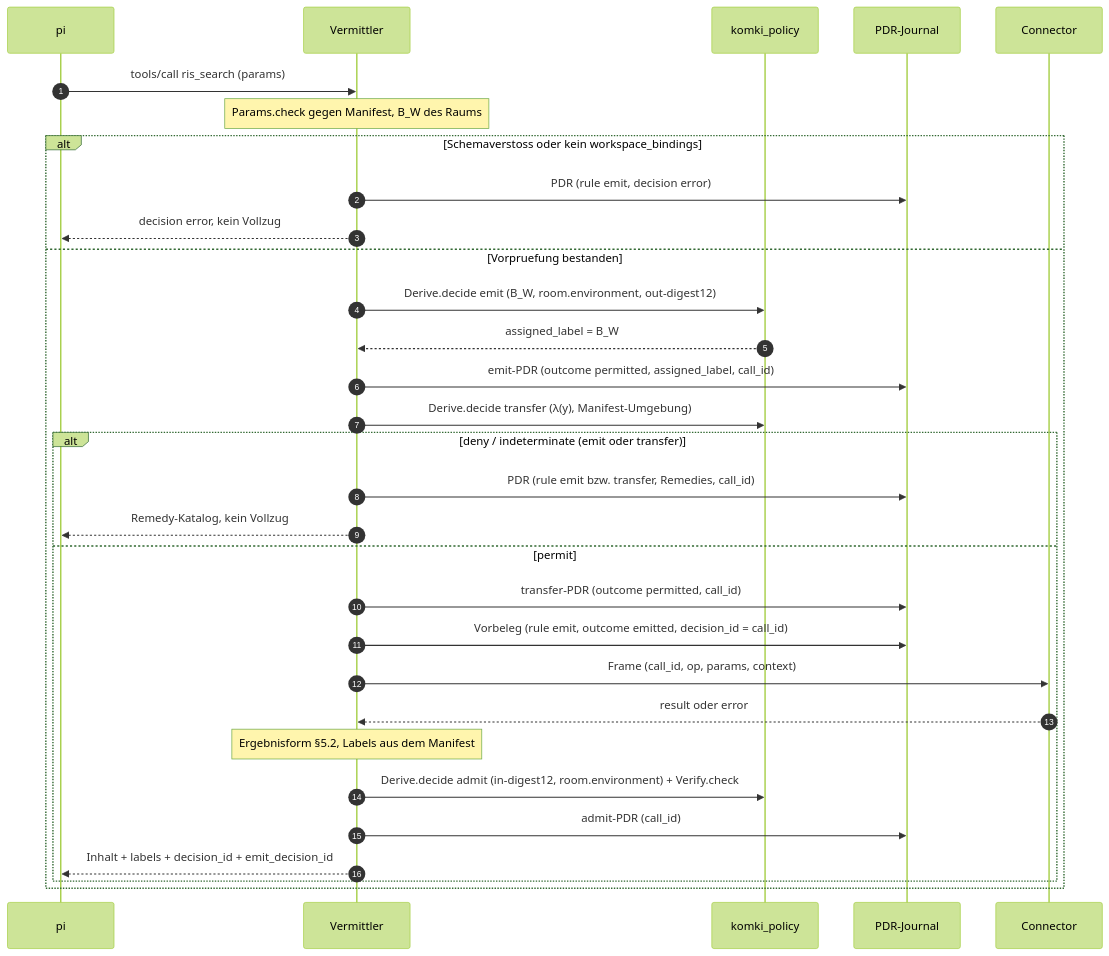
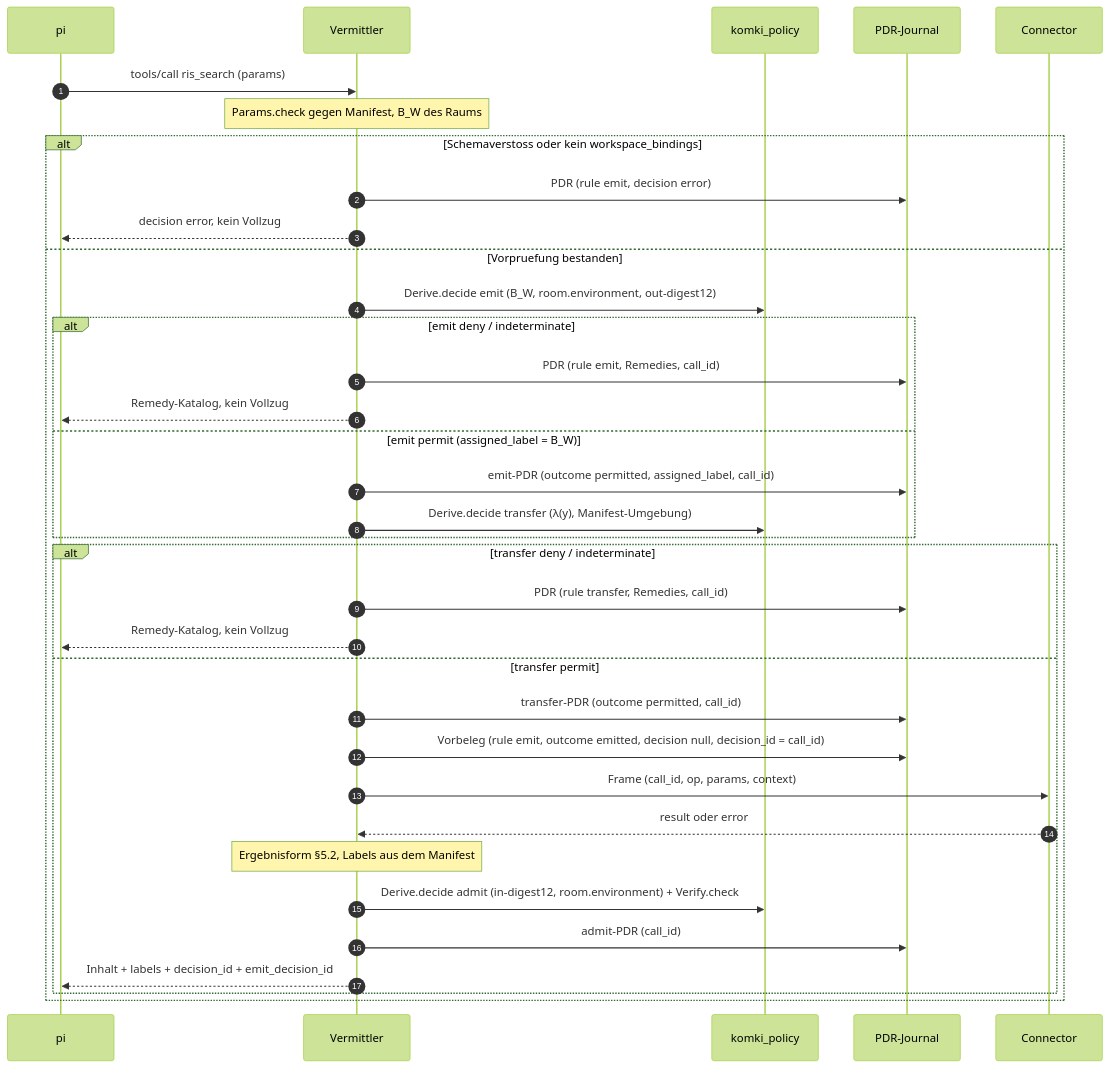
The third of 3 diagrams in apps/komki_mediator/README.md (croesnick/kommunalpolitik_ki), drawn with Mermaid (forest theme) before and after one commit. The commit also changed other lines of this file and 5 other files, not shown here.

Commit message:
Journal lückenlos, Review: Vorbeleg ohne decision (keine Entscheidung), Doku/Diagramm/Testnamen zum neuen Journal (Ticket #298)

````diff
--- a/apps/komki_mediator/README.md
+++ b/apps/komki_mediator/README.md
@@ -152,34 +153,38 @@
 ```mermaid
 sequenceDiagram
     autonumber
     participant P as pi
     participant M as Vermittler
     participant K as komki_policy
     participant J as PDR-Journal
     participant C as Connector
 
     P->>M: tools/call ris_search (params)
     Note over M: Params.check gegen Manifest, B_W des Raums
     alt Schemaverstoss oder kein workspace_bindings
         M->>J: PDR (rule emit, decision error)
         M-->>P: decision error, kein Vollzug
     else Vorpruefung bestanden
         M->>K: Derive.decide emit (B_W, room.environment, out-digest12)
-        K-->>M: assigned_label = B_W
-        M->>J: emit-PDR (outcome permitted, assigned_label, call_id)
-        M->>K: Derive.decide transfer (λ(y), Manifest-Umgebung)
-        alt deny / indeterminate (emit oder transfer)
-            M->>J: PDR (rule emit bzw. transfer, Remedies, call_id)
+        alt emit deny / indeterminate
+            M->>J: PDR (rule emit, Remedies, call_id)
             M-->>P: Remedy-Katalog, kein Vollzug
-        else permit
+        else emit permit (assigned_label = B_W)
+            M->>J: emit-PDR (outcome permitted, assigned_label, call_id)
+            M->>K: Derive.decide transfer (λ(y), Manifest-Umgebung)
+        end
+        alt transfer deny / indeterminate
+            M->>J: PDR (rule transfer, Remedies, call_id)
+            M-->>P: Remedy-Katalog, kein Vollzug
+        else transfer permit
             M->>J: transfer-PDR (outcome permitted, call_id)
-            M->>J: Vorbeleg (rule emit, outcome emitted, decision_id = call_id)
+            M->>J: Vorbeleg (rule emit, outcome emitted, decision null, decision_id = call_id)
             M->>C: Frame (call_id, op, params, context)
             C-->>M: result oder error
             Note over M: Ergebnisform §5.2, Labels aus dem Manifest
             M->>K: Derive.decide admit (in-digest12, room.environment) + Verify.check
             M->>J: admit-PDR (call_id)
             M-->>P: Inhalt + labels + decision_id + emit_decision_id
         end
     end
 ```
````
